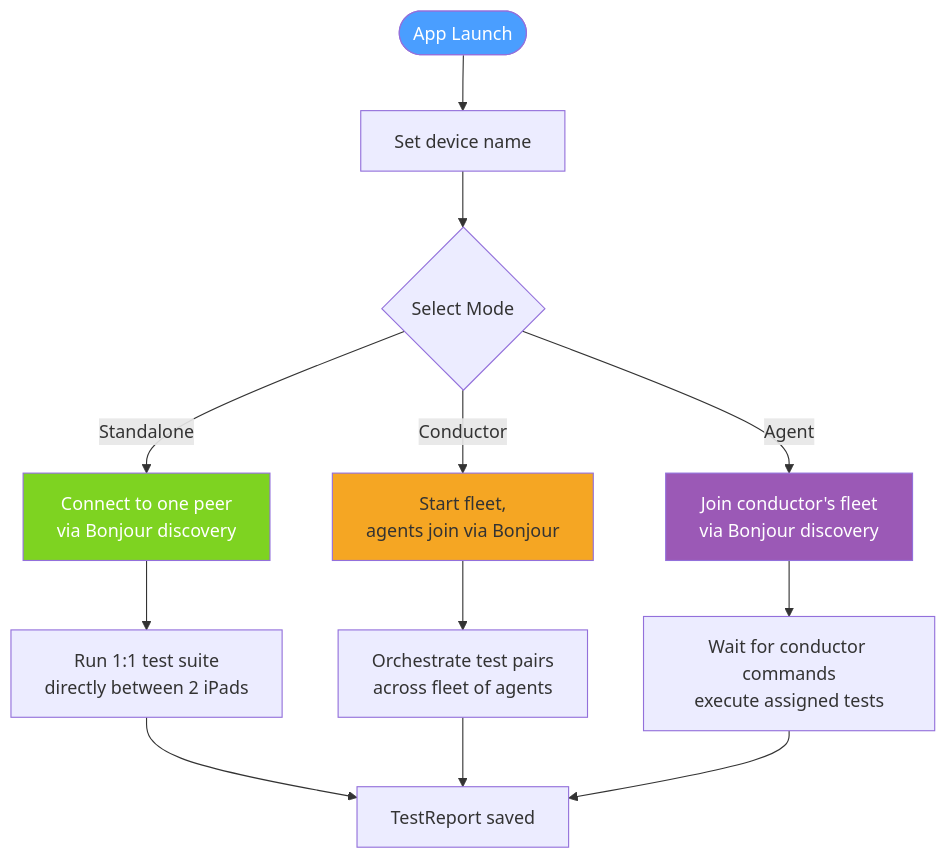
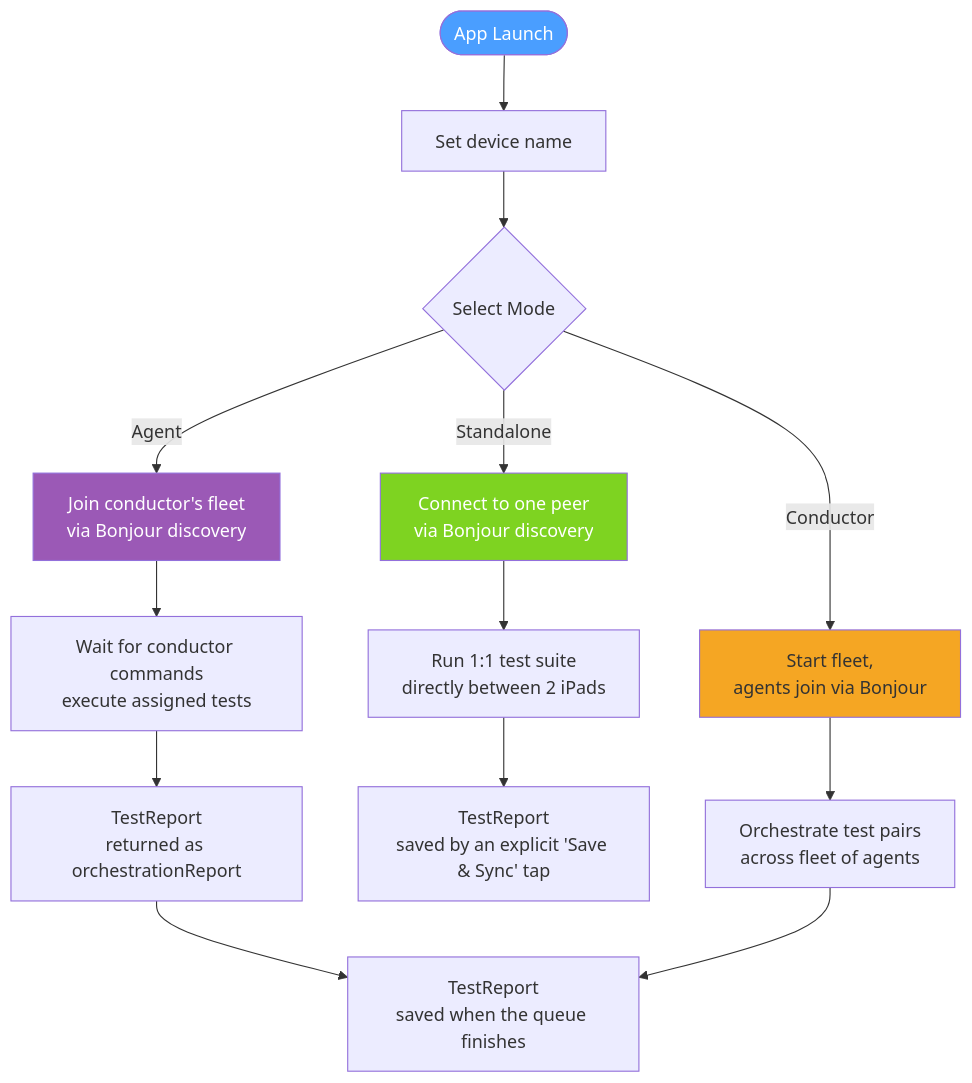
Before and after one commit to chrlyons/iPadDx: the second of 11 diagrams in docs/current_architecture.md, drawn with Mermaid. The commit also changed other lines of this file and 61 other files, not shown here.

````diff
--- a/docs/current_architecture.md
+++ b/docs/current_architecture.md
@@ -53,22 +60,23 @@
 ```mermaid
 flowchart TD
     Launch([App Launch]) --> NamePrompt[Set device name]
     NamePrompt --> Mode{Select Mode}
 
     Mode -->|Standalone| SA[Connect to one peer<br/>via Bonjour discovery]
     Mode -->|Conductor| CO[Start fleet,<br/>agents join via Bonjour]
     Mode -->|Agent| AG[Join conductor's fleet<br/>via Bonjour discovery]
 
     SA --> SATest[Run 1:1 test suite<br/>directly between 2 iPads]
     CO --> COTest[Orchestrate test pairs<br/>across fleet of agents]
     AG --> AGTest[Wait for conductor commands<br/>execute assigned tests]
 
-    SATest --> Report[TestReport saved]
-    COTest --> Report
-    AGTest --> Report
+    SATest --> SASave["TestReport<br/>saved by an explicit 'Save & Sync' tap"]
+    AGTest --> AGSend["TestReport<br/>returned as orchestrationReport"]
+    AGSend --> COSave
+    COTest --> COSave["TestReport<br/>saved when the queue finishes"]
 
     style Launch fill:#4a9eff,color:#fff
     style SA fill:#7ed321,color:#fff
     style CO fill:#f5a623,color:#333
     style AG fill:#9b59b6,color:#fff
 ```
````
